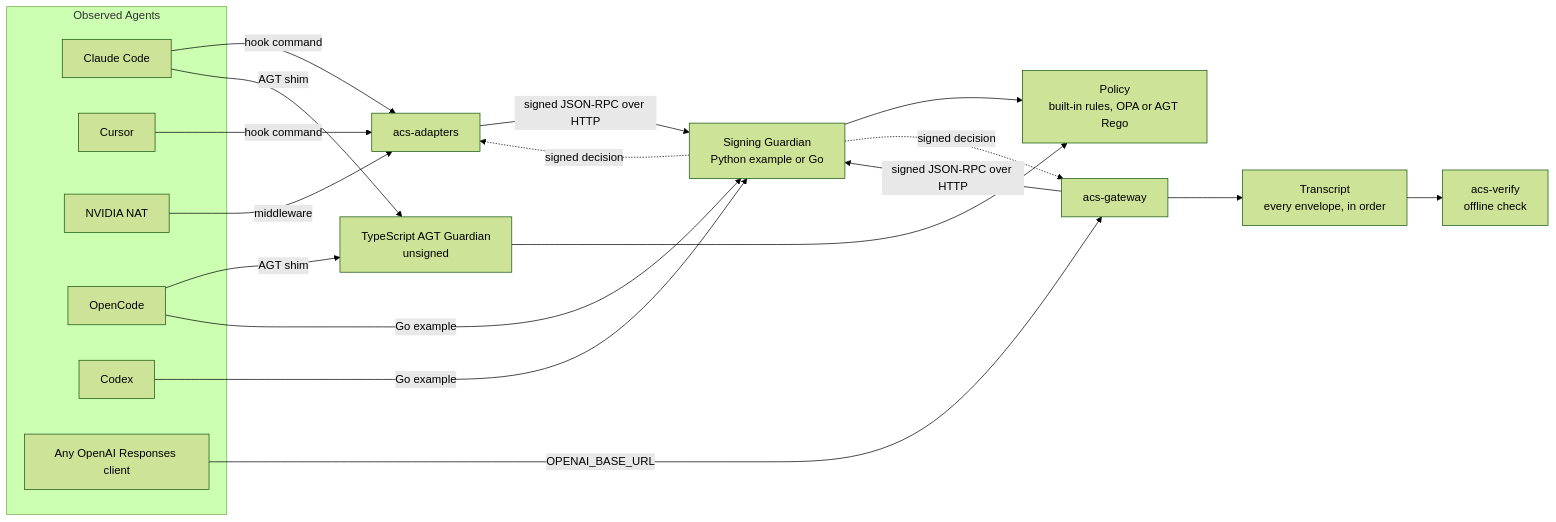
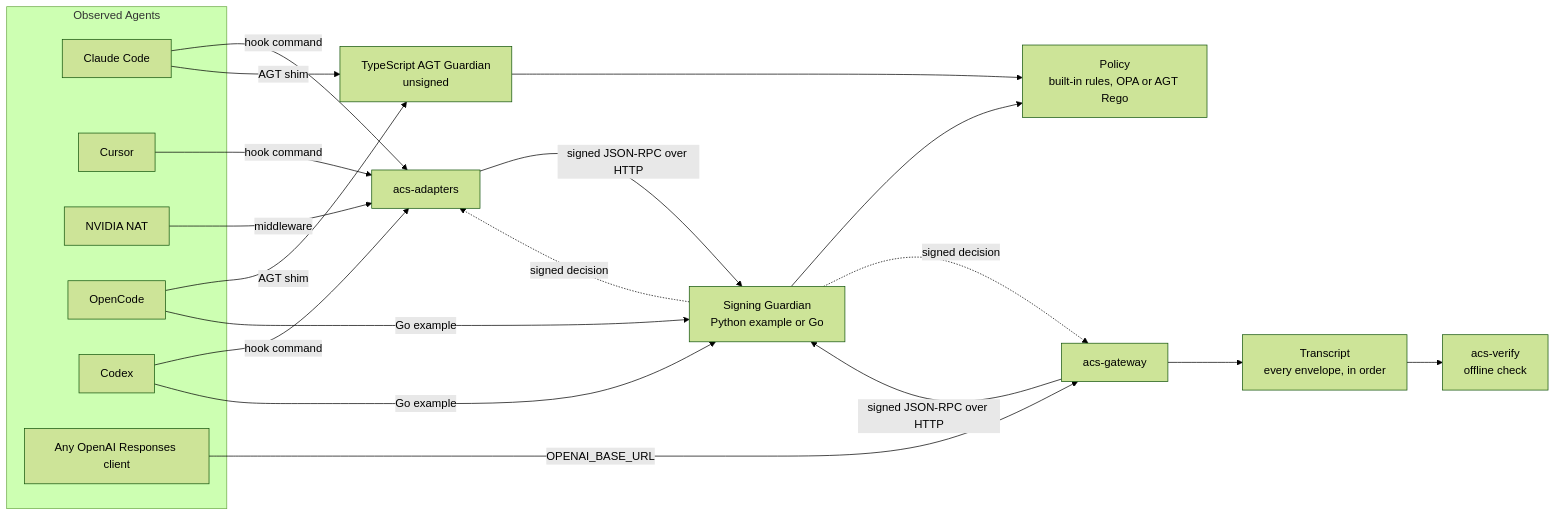
One commit to GenAI-Security-Project/agent-control-standard changed the diagram in docs/topics/reference-implementations.md. Above: the diagram before and after it, drawn with Mermaid (forest theme). The commit also changed other lines of this file and 11 other files, not shown here.

````diff
--- a/docs/topics/reference-implementations.md
+++ b/docs/topics/reference-implementations.md
@@ -11,27 +11,28 @@
 ```mermaid
 flowchart LR
     subgraph Agents["Observed Agents"]
         CC["Claude Code"]
         CU["Cursor"]
         NAT["NVIDIA NAT"]
         OC["OpenCode"]
         CX["Codex"]
         OAI["Any OpenAI Responses client"]
     end
     CC -->|"hook command"| AD["acs-adapters"]
     CU -->|"hook command"| AD
     NAT -->|"middleware"| AD
+    CX -->|"hook command"| AD
     CC -->|"AGT shim"| TS["TypeScript AGT Guardian<br/>unsigned"]
     OC -->|"AGT shim"| TS
     OC -->|"Go example"| G
     CX -->|"Go example"| G
     OAI -->|"OPENAI_BASE_URL"| GW["acs-gateway"]
     AD -->|"signed JSON-RPC over HTTP"| G["Signing Guardian<br/>Python example or Go"]
     GW -->|"signed JSON-RPC over HTTP"| G
     G --> P["Policy<br/>built-in rules, OPA or AGT Rego"]
     TS --> P
     G -.->|"signed decision"| AD
     G -.->|"signed decision"| GW
     GW --> T["Transcript<br/>every envelope, in order"]
     T --> V["acs-verify<br/>offline check"]
 ```
````
